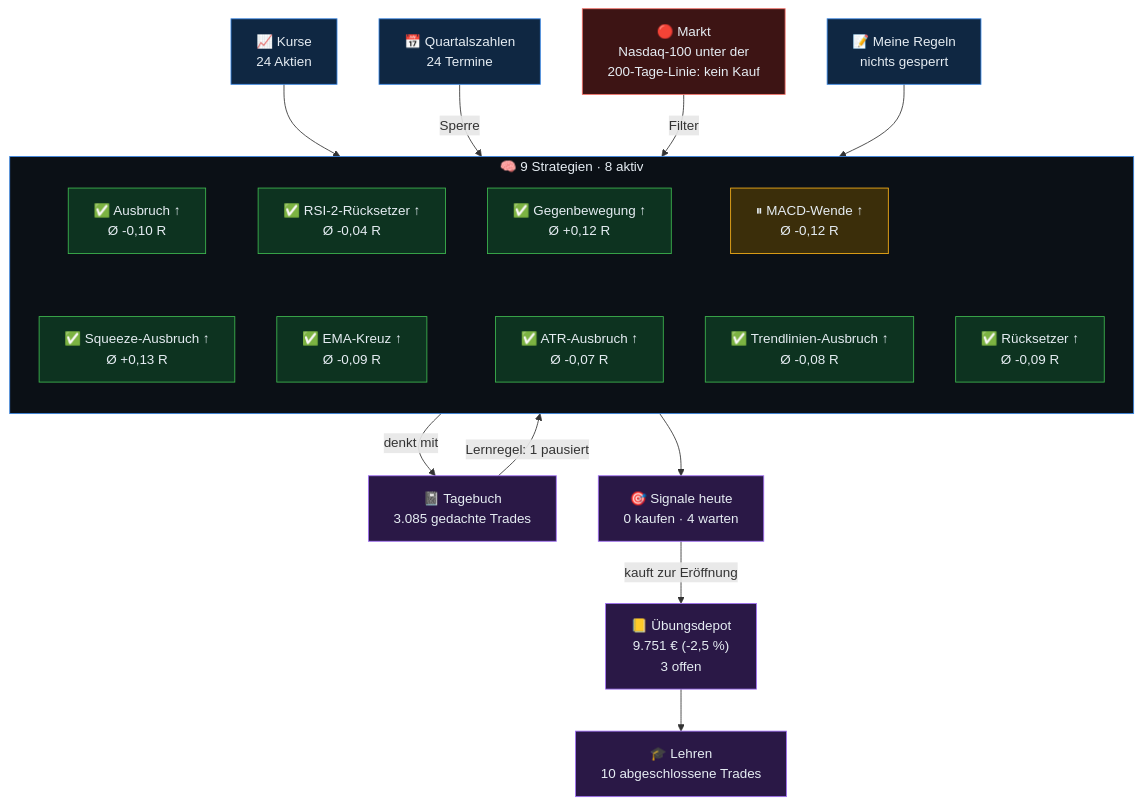
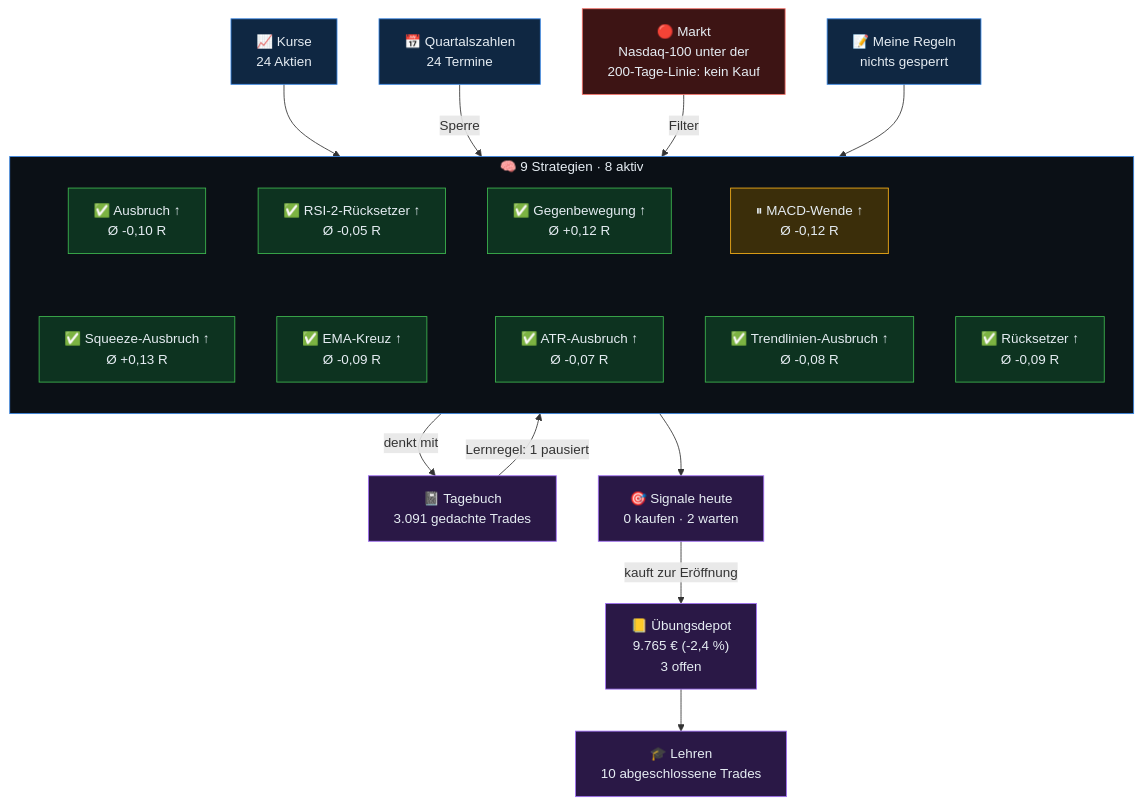
Before and after one commit to sickingmalte-arch/Test-Bot: the diagram in gehirn/Start.md, drawn with Mermaid. The commit also changed other lines of this file and 35 other files, not shown here.

````diff
--- a/gehirn/Start.md
+++ b/gehirn/Start.md
@@ -9,48 +9,48 @@
 ```mermaid
 flowchart TB
   kurse["📈 Kurse<br/>24 Aktien"]
   termine["📅 Quartalszahlen<br/>24 Termine"]
   markt["🔴 Markt<br/>Nasdaq-100 unter der<br/>200-Tage-Linie: kein Kauf"]
   regeln["📝 Meine Regeln<br/>nichts gesperrt"]
   subgraph KERN["🧠 9 Strategien · 8 aktiv"]
     direction TB
     s0["✅ Ausbruch ↑<br/>Ø -0,10 R"]
-    s1["✅ RSI-2-Rücksetzer ↑<br/>Ø -0,04 R"]
+    s1["✅ RSI-2-Rücksetzer ↑<br/>Ø -0,05 R"]
     s2["✅ Gegenbewegung ↑<br/>Ø +0,12 R"]
     s3["⏸ MACD-Wende ↑<br/>Ø -0,12 R"]
     s4["✅ Rücksetzer ↑<br/>Ø -0,09 R"]
     s5["✅ Squeeze-Ausbruch ↑<br/>Ø +0,13 R"]
     s6["✅ EMA-Kreuz ↑<br/>Ø -0,09 R"]
     s7["✅ ATR-Ausbruch ↑<br/>Ø -0,07 R"]
     s8["✅ Trendlinien-Ausbruch ↑<br/>Ø -0,08 R"]
     s0 ~~~ s5
     s1 ~~~ s6
     s2 ~~~ s7
     s3 ~~~ s8
   end
-  tb["📓 Tagebuch<br/>3.085 gedachte Trades"]
-  sig["🎯 Signale heute<br/>0 kaufen · 4 warten"]
-  depot["📒 Übungsdepot<br/>9.751 € (-2,5 %)<br/>3 offen"]
+  tb["📓 Tagebuch<br/>3.091 gedachte Trades"]
+  sig["🎯 Signale heute<br/>0 kaufen · 2 warten"]
+  depot["📒 Übungsdepot<br/>9.765 € (-2,4 %)<br/>3 offen"]
   lehren["🎓 Lehren<br/>10 abgeschlossene Trades"]
   kurse --> KERN
   termine -->|Sperre| KERN
   markt -->|Filter| KERN
   regeln --> KERN
   KERN -->|denkt mit| tb
   tb -->|Lernregel: 1 pausiert| KERN
   KERN --> sig
   sig -->|kauft zur Eröffnung| depot
   depot --> lehren
   classDef ein fill:#0f2742,stroke:#3987e5,color:#e6edf3
   classDef rot fill:#3d1414,stroke:#f47067,color:#e6edf3
   classDef aktiv fill:#0d3320,stroke:#3fb950,color:#e6edf3
   classDef pausiert fill:#3b2e0a,stroke:#fab219,color:#e6edf3
   classDef aus fill:#22272e,stroke:#6e7681,color:#9ba7b4
   classDef aus2 fill:#2a1846,stroke:#a371f7,color:#e6edf3
   class kurse,termine,regeln ein
   class markt rot
   class tb,sig,depot,lehren aus2
   class s0,s1,s2,s4,s5,s6,s7,s8 aktiv
   class s3 pausiert
   style KERN fill:#0b1016,stroke:#3987e5,color:#e6edf3
 ```
````
